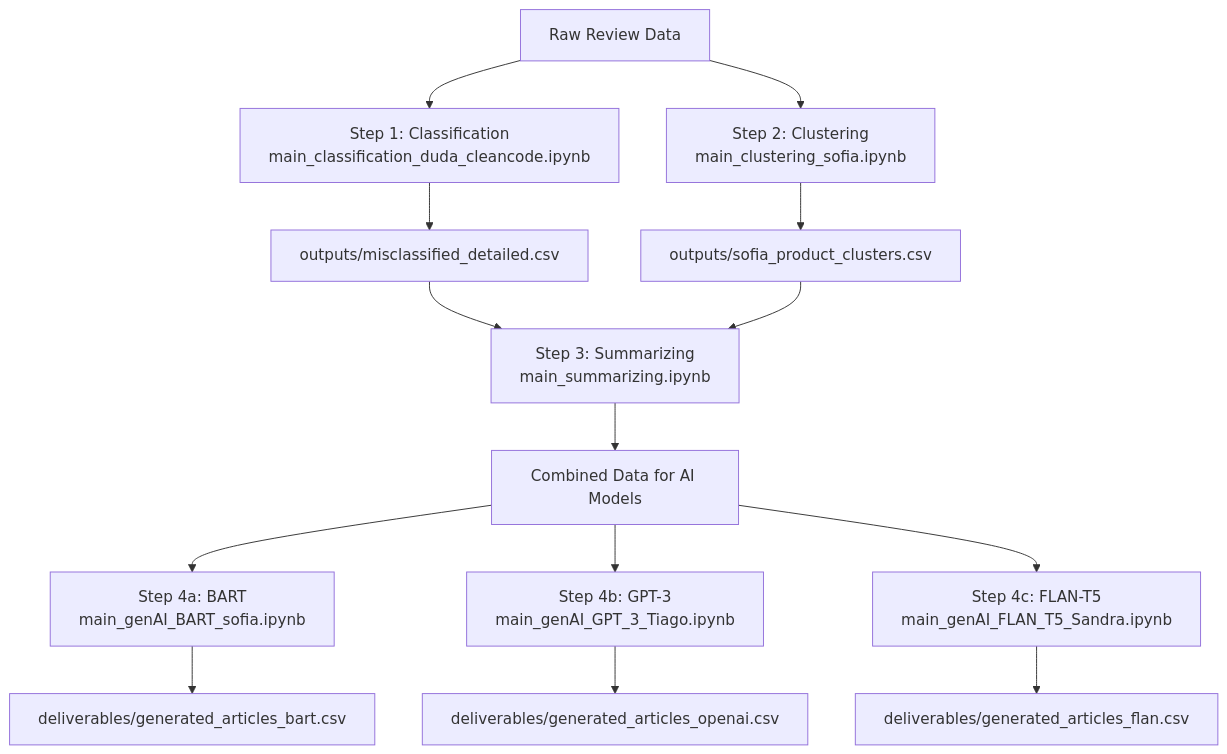
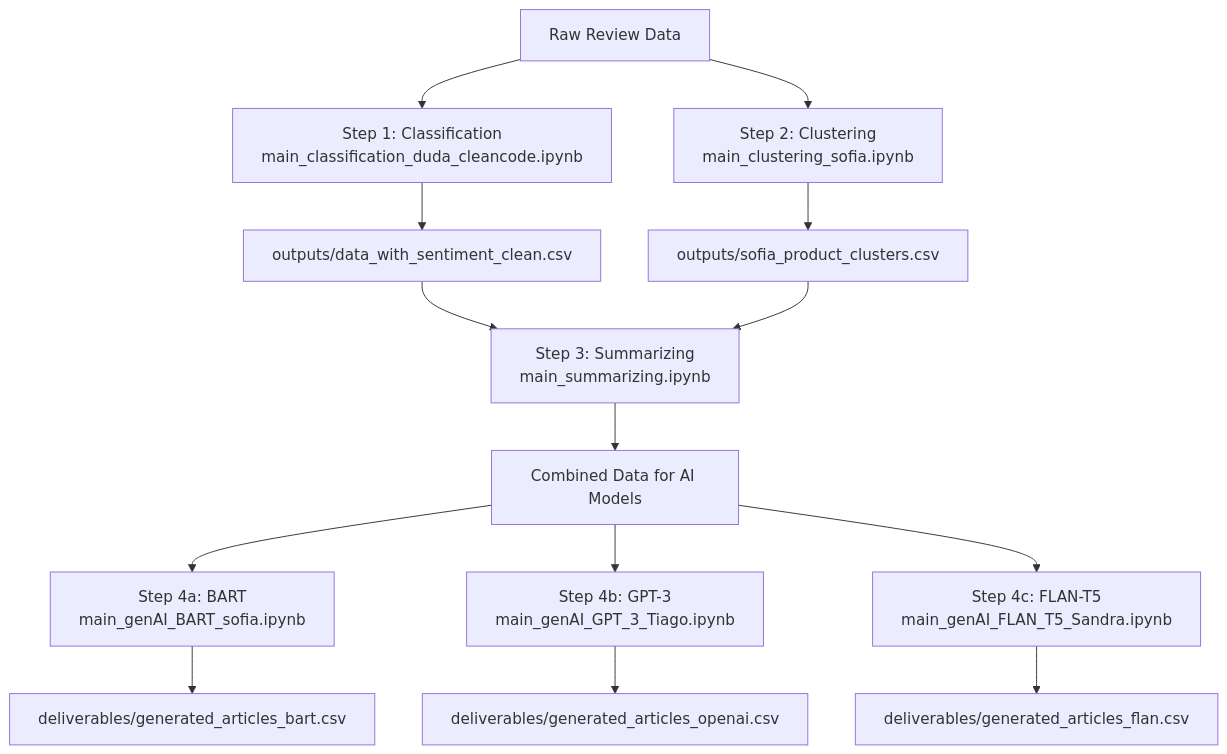
Before and after one commit to SofiaZogkza/automated-customer-reviews: the diagram in README.md, drawn with Mermaid.

Commit message:
Update flowchart output file in README

````diff
--- a/README.md
+++ b/README.md
@@ -52,22 +52,22 @@
 ```mermaid
 flowchart TD
     A[Raw Review Data] --> B[Step 1: Classification<br>main_classification_duda_cleancode.ipynb]
-    B --> C[outputs/misclassified_detailed.csv]
+    B --> C[outputs/data_with_sentiment_clean.csv]
     
     A --> D[Step 2: Clustering<br>main_clustering_sofia.ipynb]
     D --> E[outputs/sofia_product_clusters.csv]
     
     C --> F[Step 3: Summarizing<br>main_summarizing.ipynb]
     E --> F
     F --> G[Combined Data for AI Models]
     
     G --> H[Step 4a: BART<br>main_genAI_BART_sofia.ipynb]
     H --> I[deliverables/generated_articles_bart.csv]
     
     G --> J[Step 4b: GPT-3<br>main_genAI_GPT_3_Tiago.ipynb]
     J --> K[deliverables/generated_articles_openai.csv]
     
     G --> L[Step 4c: FLAN-T5<br>main_genAI_FLAN_T5_Sandra.ipynb]
     L --> M[deliverables/generated_articles_flan.csv]
 
 ```
````
